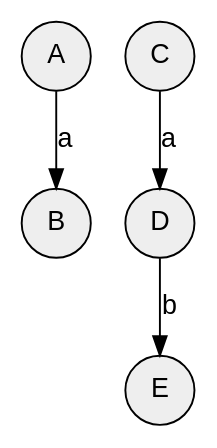
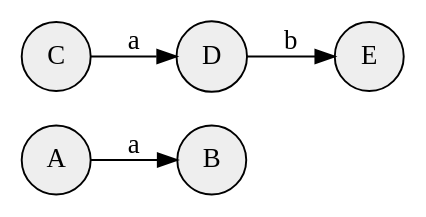
The diagram in output/dot/notebook3.dot (reina-m/Stage), drawn with Graphviz before and after one commit. The commit also changed 42 other files, not shown here.

Commit message:
feat(pos): use graphviz positions in json outputs

```diff
--- a/output/dot/notebook3.dot
+++ b/output/dot/notebook3.dot
@@ -1,13 +1,39 @@
 digraph Notebook {
-    rankdir="TB";
-    node [shape=circle, style=filled, fillcolor="#eeeeee", fontname="Helvetica"];
-    edge [fontname="Helvetica"];
-    "cell_0" [label="A", shape="circle", fillcolor="#eeeeee"];
-    "cell_1" [label="B", shape="circle", fillcolor="#eeeeee"];
-    "cell_2" [label="C", shape="circle", fillcolor="#eeeeee"];
-    "cell_3" [label="D", shape="circle", fillcolor="#eeeeee"];
-    "cell_4" [label="E", shape="circle", fillcolor="#eeeeee"];
-    "cell_0" -> "cell_1" [label="a"];
-    "cell_2" -> "cell_3" [label="a"];
-    "cell_3" -> "cell_4" [label="b"];
+	graph [bb="0,0,192.75,90",
+		rankdir=LR
+	];
+	node [fillcolor="#eeeeee",
+		label="\N",
+		shape=circle,
+		style=filled
+	];
+	cell_0	[height=0.5,
+		label=A,
+		pos="18,18",
+		width=0.5];
+	cell_1	[height=0.5,
+		label=B,
+		pos="96,18",
+		width=0.5];
+	cell_0 -> cell_1	[label=a,
+		lp="57,26.25",
+		pos="e,77.56,18 36.246,18 45.122,18 56.179,18 66.298,18"];
+	cell_2	[height=0.5,
+		label=C,
+		pos="18,72",
+		width=0.5];
+	cell_3	[height=0.5,
+		label=D,
+		pos="96,72",
+		width=0.5];
+	cell_2 -> cell_3	[label=a,
+		lp="57,80.25",
+		pos="e,77.56,72 36.246,72 45.122,72 56.179,72 66.298,72"];
+	cell_4	[height=0.5,
+		label=E,
+		pos="174.75,72",
+		width=0.5];
+	cell_3 -> cell_4	[label=b,
+		lp="135.38,80.25",
+		pos="e,156.4,72 114.42,72 123.44,72 134.7,72 144.98,72"];
 }
```
